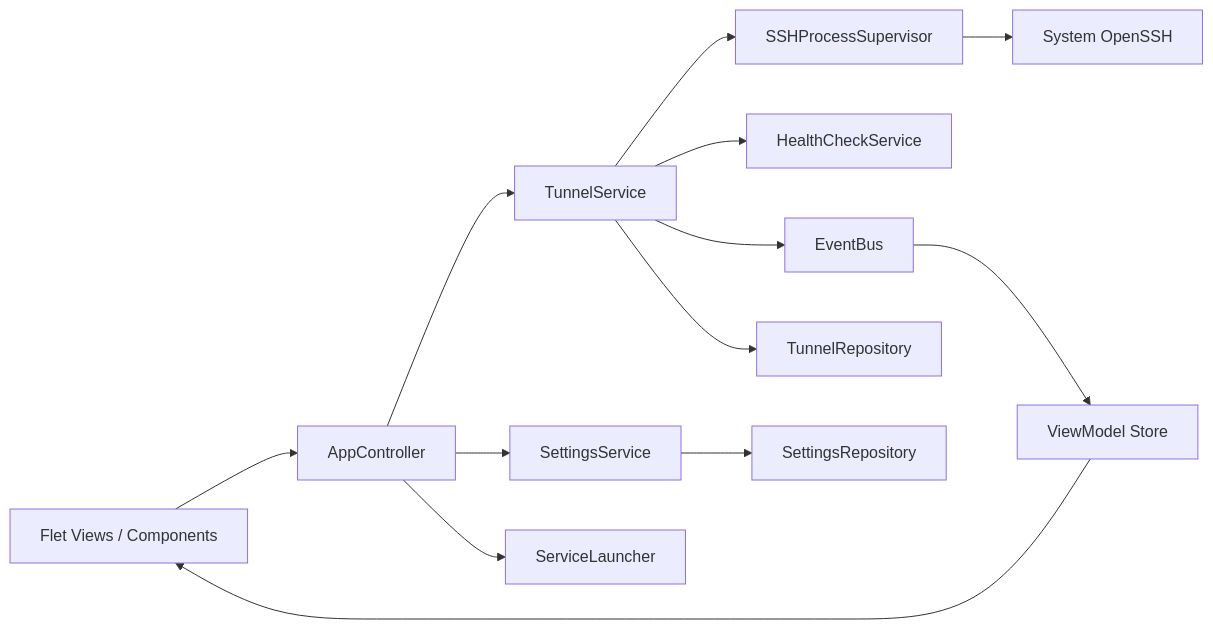
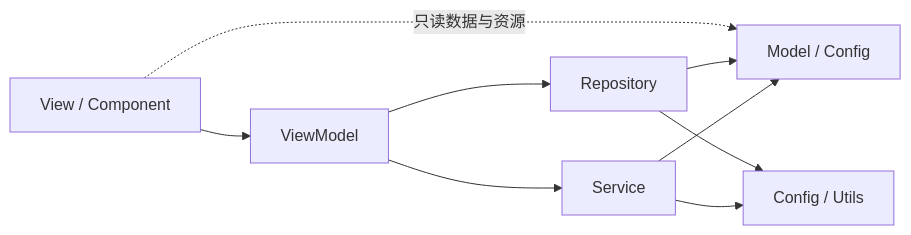
The diagram in docs/ARCHITECTURE.md (SolitudeKing/easy-tunnel), drawn with Mermaid before and after one commit. The commit also changed other lines of this file and 58 other files, not shown here.

````diff
--- a/docs/ARCHITECTURE.md
+++ b/docs/ARCHITECTURE.md
@@ -27,15 +10,11 @@
 ```mermaid
 flowchart LR
-    UI[Flet Views / Components] --> C[AppController]
-    C --> TS[TunnelService]
-    C --> SS[SettingsService]
-    TS --> PS[SSHProcessSupervisor]
-    TS --> HS[HealthCheckService]
-    TS --> EB[EventBus]
-    SS --> ER[SettingsRepository]
-    TS --> CR[TunnelRepository]
-    C --> SL[ServiceLauncher]
-    PS --> OS[System OpenSSH]
-    EB --> VM[ViewModel Store]
-    VM --> UI
+    V[View / Component] --> VM[ViewModel]
+    V -. 只读数据与资源 .-> M[Model / Config]
+    VM --> R[Repository]
+    VM --> S[Service]
+    R --> M
+    S --> M
+    R --> C[Config / Utils]
+    S --> C
 ```
````
